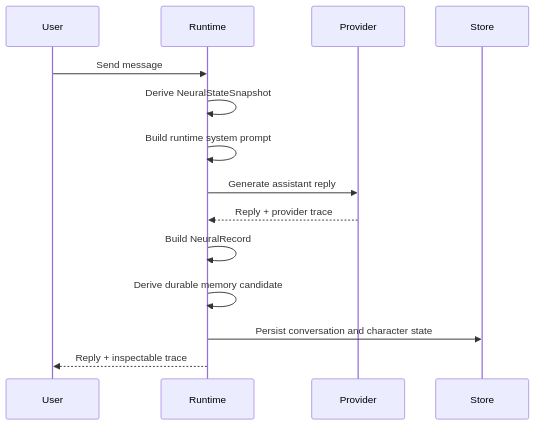
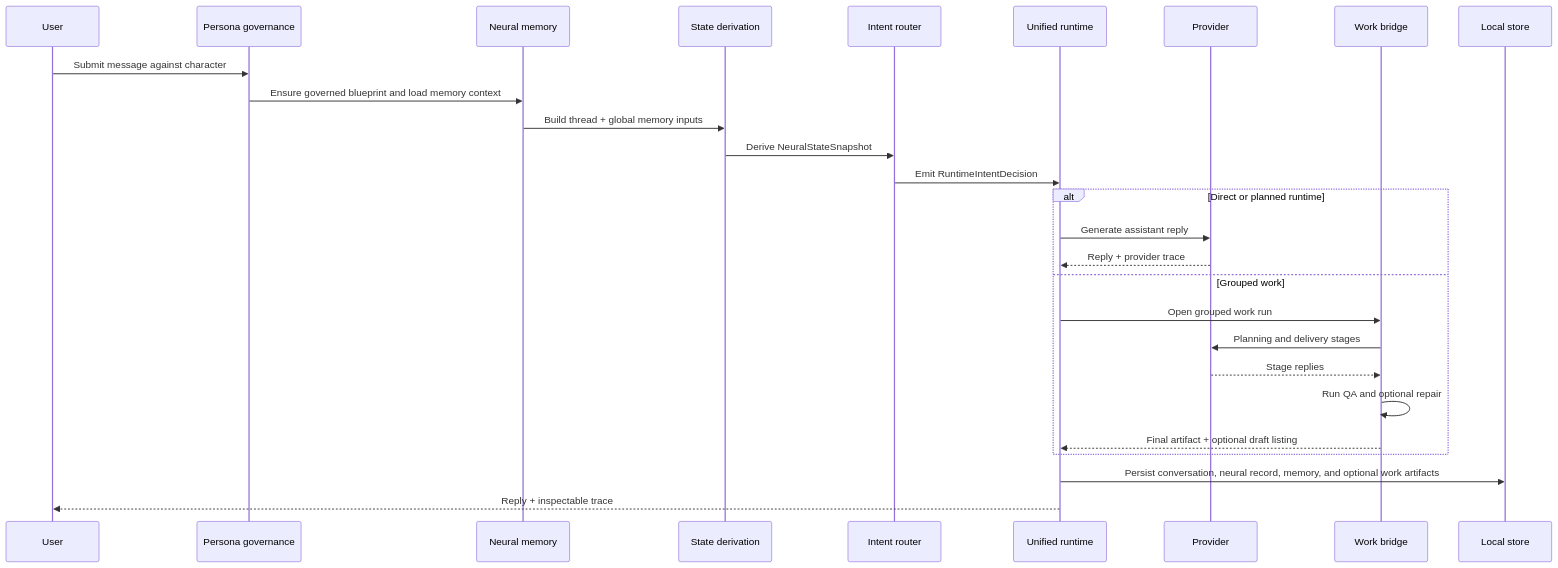
Before and after one commit to Libre-Connect/liberth-neural: the second of 2 diagrams in README.md, drawn with Mermaid. The commit also changed other lines of this file and 18 other files, not shown here.

````diff
--- a/README.md
+++ b/README.md
@@ -222,17 +245,30 @@
 ```mermaid
 sequenceDiagram
   participant U as User
-  participant R as Runtime
+  participant G as Persona governance
+  participant M as Neural memory
+  participant S as State derivation
+  participant I as Intent router
+  participant R as Unified runtime
   participant P as Provider
-  participant S as Store
+  participant W as Work bridge
+  participant D as Local store
 
-  U->>R: Send message
-  R->>R: Derive NeuralStateSnapshot
-  R->>R: Build runtime system prompt
-  R->>P: Generate assistant reply
-  P-->>R: Reply + provider trace
-  R->>R: Build NeuralRecord
-  R->>R: Derive durable memory candidate
-  R->>S: Persist conversation and character state
+  U->>G: Submit message against character
+  G->>M: Ensure governed blueprint and load memory context
+  M->>S: Build thread + global memory inputs
+  S->>I: Derive NeuralStateSnapshot
+  I->>R: Emit RuntimeIntentDecision
+  alt Direct or planned runtime
+    R->>P: Generate assistant reply
+    P-->>R: Reply + provider trace
+  else Grouped work
+    R->>W: Open grouped work run
+    W->>P: Planning and delivery stages
+    P-->>W: Stage replies
+    W->>W: Run QA and optional repair
+    W-->>R: Final artifact + optional draft listing
+  end
+  R->>D: Persist conversation, neural record, memory, and optional work artifacts
   R-->>U: Reply + inspectable trace
 ```
````
